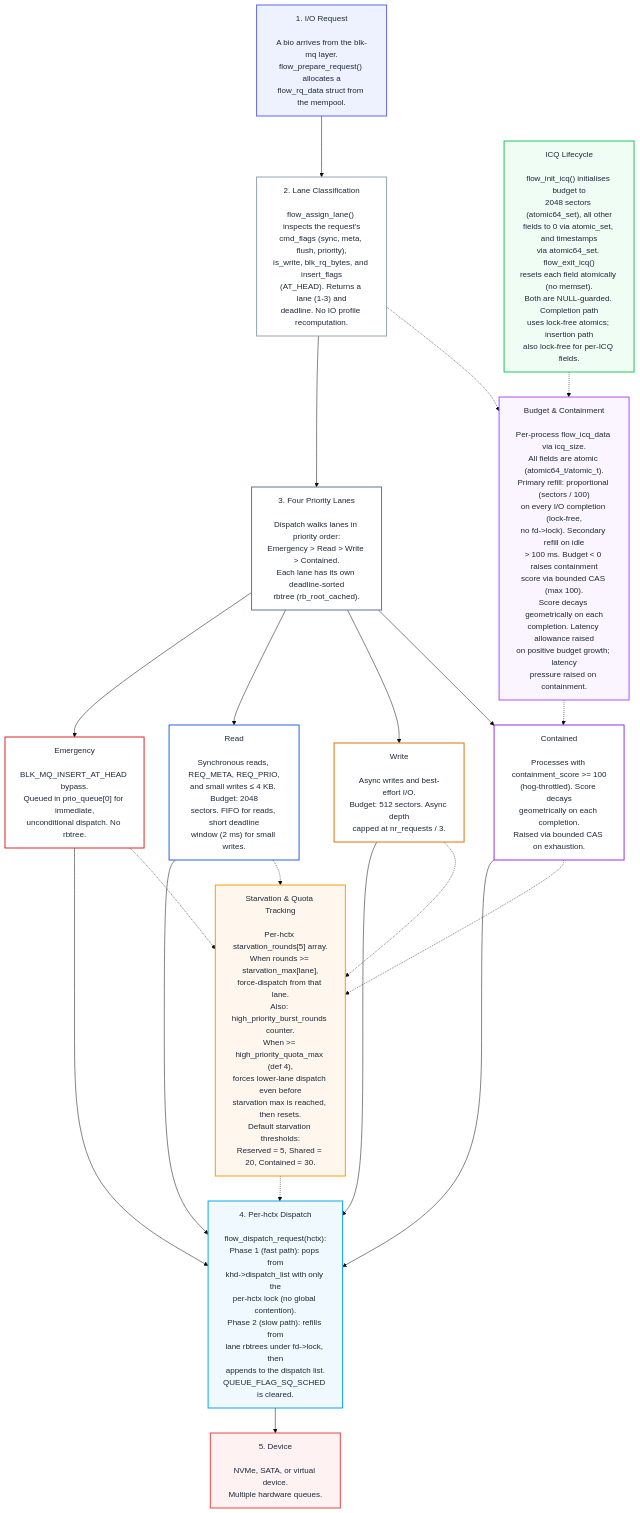
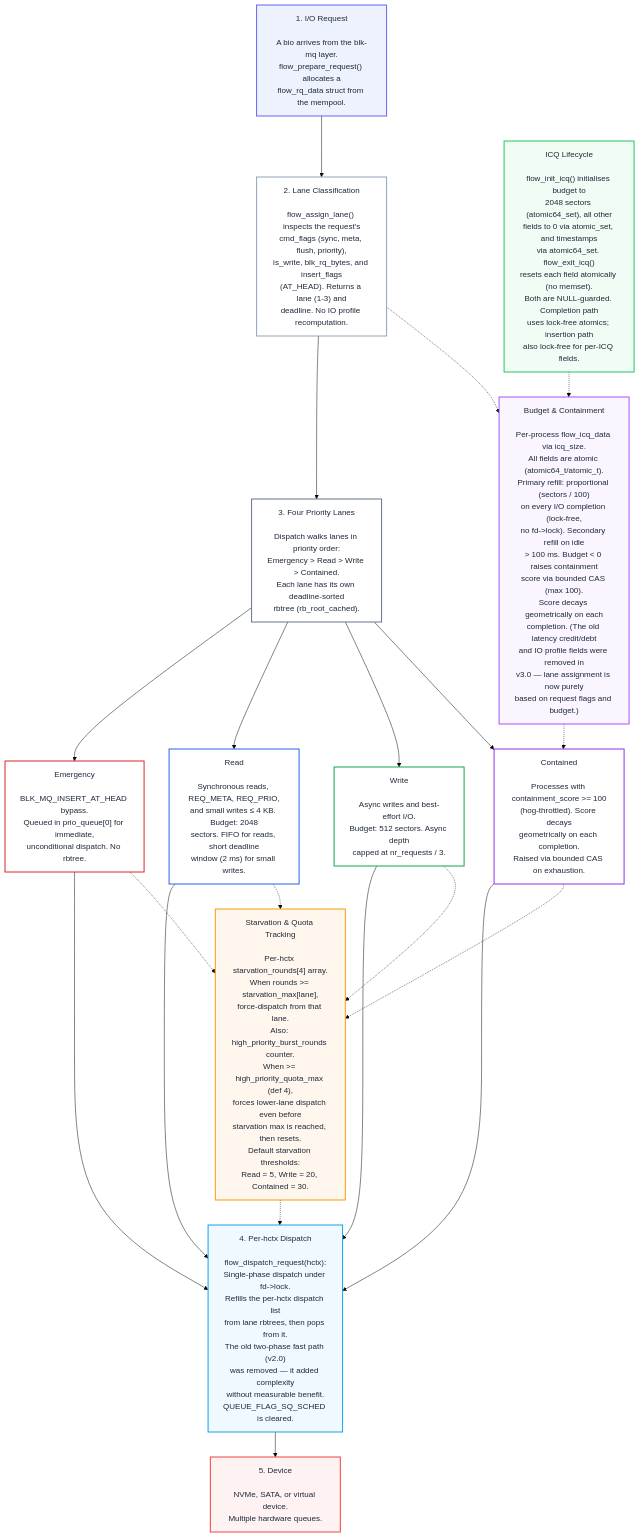
The diagram in README.md (galpt/flow-iosched), drawn with Mermaid (base theme) before and after one commit. The commit also changed other lines of this file and 1 other file, not shown here.

Commit message:
README + install-flow-iosched: fix 6 stale references found in full audit
Audited the entire README (677 lines) and install-flow-iosched.sh header
for accuracy against the v3.0 codebase:

- install-flow-iosched.sh header: "via a udev rule" → "via a systemd
  oneshot service + modules-load.d" (the script switched from udev to
  systemd in a prior commit)
- Mermaid node H1 (Dispatch): still described the old two-phase fast
  path; updated to reflect the v3.0 single-phase model
- Mermaid node J1 (Budget & Containment): mentioned latency allowance
  and latency pressure fields that were removed in v3.0
- Mermaid node K1 (Starvation): starvation_rounds[5] → [4] and lane
  names Reserved→Read, Shared→Write
- README install-flow-iosched.sh description: "Creates a udev rule" →
  "Creates a systemd oneshot service + modules-load.d"
- Test Environment: kernel version 7.0.5-2-cachyos → 7.0.8-1-cachyos

```diff
--- a/README.md
+++ b/README.md
@@ -80,12 +80,12 @@
     H1["4. Per-hctx Dispatch
 
 flow_dispatch_request(hctx):
-Phase 1 (fast path): pops from
-khd->dispatch_list with only the
-per-hctx lock (no global contention).
-Phase 2 (slow path): refills from
-lane rbtrees under fd->lock, then
-appends to the dispatch list.
+Single-phase dispatch under fd->lock.
+Refills the per-hctx dispatch list
+from lane rbtrees, then pops from it.
+The old two-phase fast path (v2.0)
+was removed — it added complexity
+without measurable benefit.
 QUEUE_FLAG_SQ_SCHED is cleared."]
 
     I1["5. Device
@@ -103,13 +103,14 @@
 > 100 ms. Budget < 0 raises containment
 score via bounded CAS (max 100).
 Score decays geometrically on each
-completion. Latency allowance raised
-on positive budget growth; latency
-pressure raised on containment."]
+completion. (The old latency credit/debt
+and IO profile fields were removed in
+v3.0 — lane assignment is now purely
+based on request flags and budget.)"]
 
     K1["Starvation & Quota Tracking
 
-Per-hctx starvation_rounds[5] array.
+Per-hctx starvation_rounds[4] array.
 When rounds >= starvation_max[lane],
 force-dispatch from that lane.
 Also: high_priority_burst_rounds counter.
@@ -117,7 +118,7 @@
 forces lower-lane dispatch even before
 starvation max is reached, then resets.
 Default starvation thresholds:
-Reserved = 5, Shared = 20, Contained = 30."]
+Read = 5, Write = 20, Contained = 30."]
 
     L1["ICQ Lifecycle
 
@@ -156,7 +157,7 @@
     style N3 fill:#fff,stroke:#64748b,stroke-width:2,color:#1e293b
     style C1 fill:#fff,stroke:#dc2626,stroke-width:2,color:#1e293b
     style D1 fill:#fff,stroke:#2563eb,stroke-width:2,color:#1e293b
-    style F1 fill:#fff,stroke:#d97706,stroke-width:2,color:#1e293b
+    style F1 fill:#fff,stroke:#16a34a,stroke-width:2,color:#1e293b
     style G1 fill:#fff,stroke:#9333ea,stroke-width:2,color:#1e293b
     style H1 fill:#f0f9ff,stroke:#0ea5e9,stroke-width:2,color:#1e293b
     style I1 fill:#fef2f2,stroke:#ef4444,stroke-width:2,color:#1e293b
```
